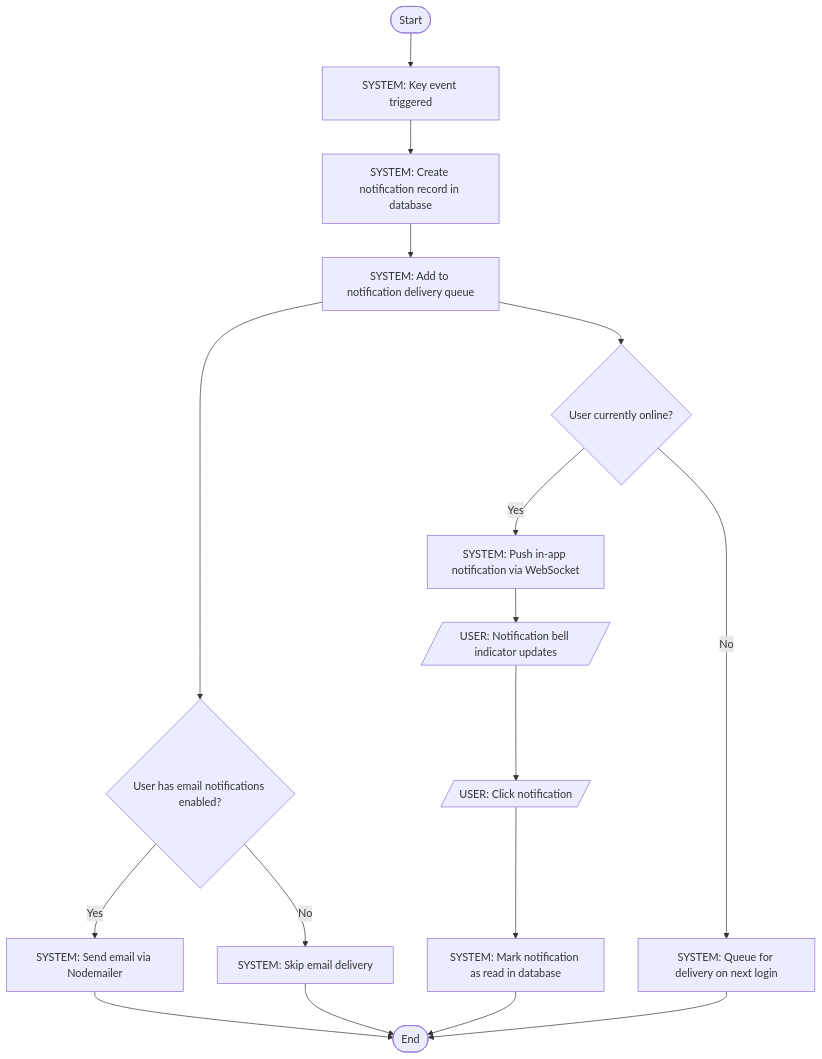
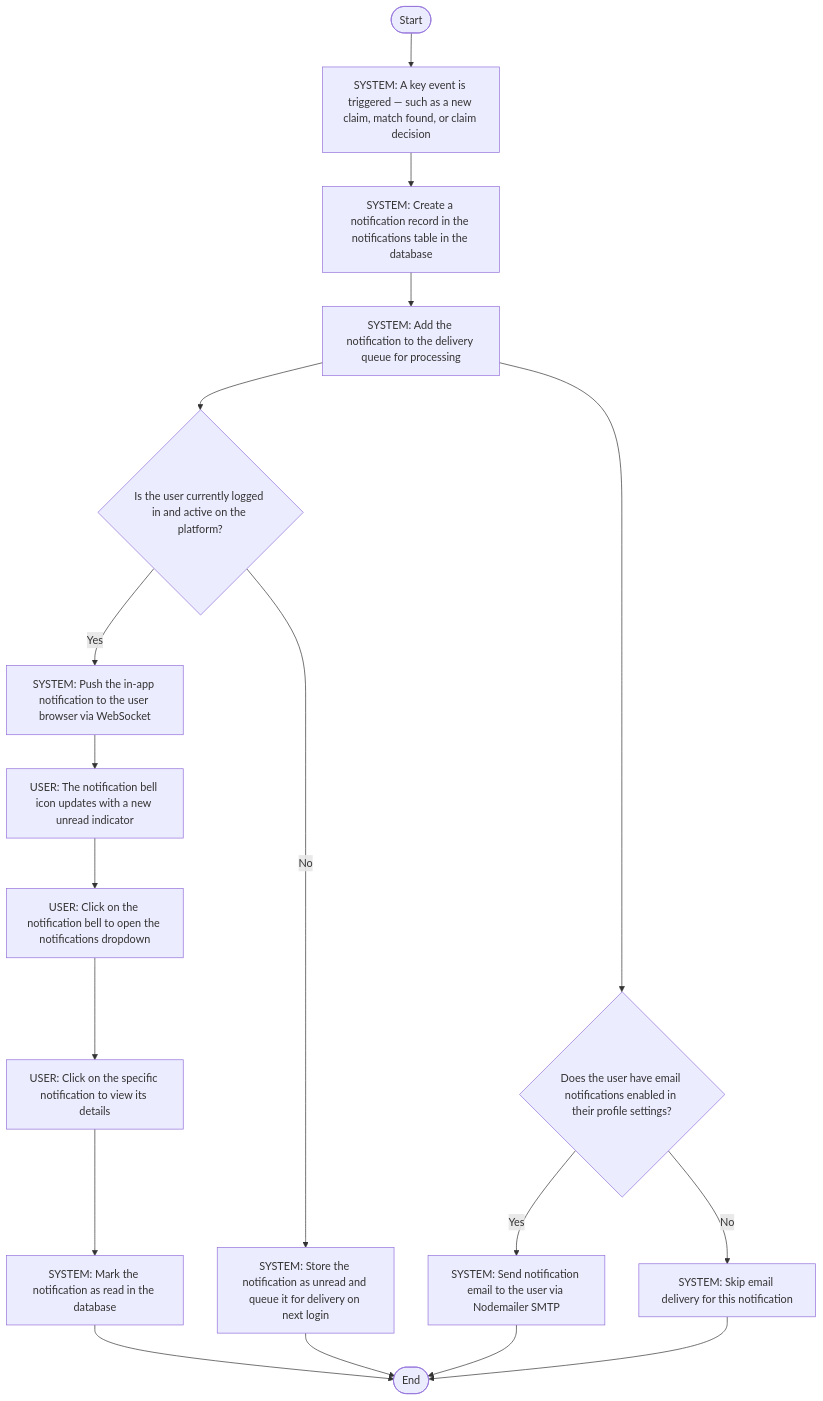
Before and after one commit to Skiet88/campus-lost-and-found: the sixth of 8 diagrams in ACTIVITY_DIAGRAMS.md, drawn with Mermaid. The commit also changed other lines of this file, not shown here.

````diff
--- a/ACTIVITY_DIAGRAMS.md
+++ b/ACTIVITY_DIAGRAMS.md
@@ -203,21 +202,21 @@
 ```mermaid
 flowchart TD
-    S([Start]) --> A
-
-    A["SYSTEM: Key event triggered"]
-    A --> B["SYSTEM: Create notification record in database"]
-    B --> C["SYSTEM: Add to notification delivery queue"]
-    C --> D{User has email notifications enabled?}
-    D -->|Yes| E["SYSTEM: Send email via Nodemailer"]
-    D -->|No| F["SYSTEM: Skip email delivery"]
-    C --> G{User currently online?}
-    G -->|Yes| H["SYSTEM: Push in-app notification via WebSocket"]
-    G -->|No| I["SYSTEM: Queue for delivery on next login"]
-    H --> J[/"USER: Notification bell indicator updates"/]
-    J --> K[/"USER: Click notification"/]
-    K --> L["SYSTEM: Mark notification as read in database"]
-    L --> E1([End])
-    E --> E1
-    F --> E1
-    I --> E1
+    S([Start]) --> A1
+    A1["SYSTEM: A key event is triggered — such as a new claim, match found, or claim decision"]
+    A1 --> A2["SYSTEM: Create a notification record in the notifications table in the database"]
+    A2 --> A3["SYSTEM: Add the notification to the delivery queue for processing"]
+    A3 --> D1{Does the user have email notifications enabled in their profile settings?}
+    D1 -->|Yes| A4["SYSTEM: Send notification email to the user via Nodemailer SMTP"]
+    D1 -->|No| A5["SYSTEM: Skip email delivery for this notification"]
+    A3 --> D2{Is the user currently logged in and active on the platform?}
+    D2 -->|Yes| A6["SYSTEM: Push the in-app notification to the user browser via WebSocket"]
+    A6 --> A7["USER: The notification bell icon updates with a new unread indicator"]
+    A7 --> A8["USER: Click on the notification bell to open the notifications dropdown"]
+    A8 --> A9["USER: Click on the specific notification to view its details"]
+    A9 --> A10["SYSTEM: Mark the notification as read in the database"]
+    A10 --> E1([End])
+    D2 -->|No| A11["SYSTEM: Store the notification as unread and queue it for delivery on next login"]
+    A11 --> E1
+    A4 --> E1
+    A5 --> E1
 ```
````
